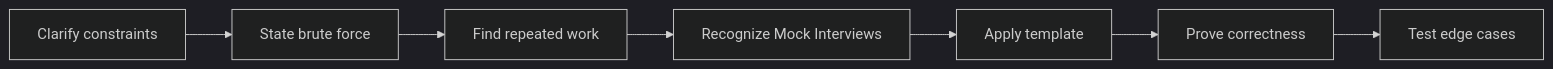
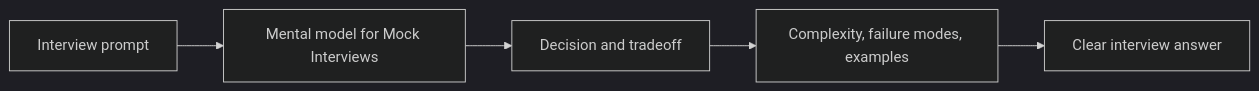
The second of 2 diagrams in coding-round/mock-interviews/index.md (abstractinterviews/abstractinterviews.github.io), drawn with Mermaid (dark theme) before and after one commit. The commit also changed other lines of this file and 278 other files, not shown here.

````diff
--- a/coding-round/mock-interviews/index.md
+++ b/coding-round/mock-interviews/index.md
@@ -110,9 +108,7 @@
-~~~mermaid
+```mermaid
 flowchart LR
-    A["Clarify constraints"] --> B["State brute force"]
-    B --> C["Find repeated work"]
-    C --> D["Recognize Mock Interviews"]
-    D --> E["Apply template"]
-    E --> F["Prove correctness"]
-    F --> G["Test edge cases"]
-~~~
+    Problem["Interview prompt"] --> Model["Mental model for Mock Interviews"]
+    Model --> Choice["Decision and tradeoff"]
+    Choice --> Evidence["Complexity, failure modes, examples"]
+    Evidence --> Answer["Clear interview answer"]
+```
````
